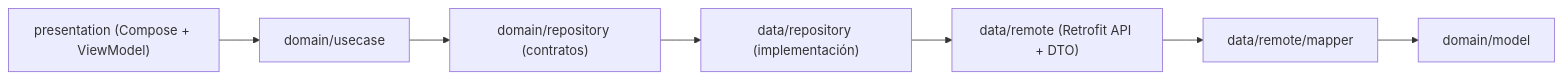
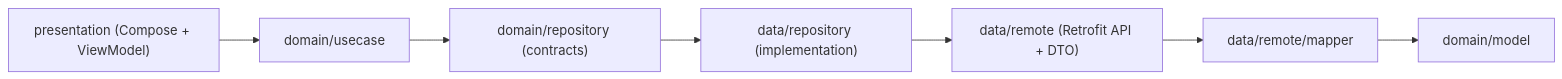
One commit to Pedrucho1213/MyDiscsCollection changed the diagram in README.md. Above: the diagram before and after it, drawn with Mermaid. The commit also changed other lines of this file, not shown here.

````diff
--- a/README.md
+++ b/README.md
@@ -69,9 +69,9 @@
 ```mermaid
 flowchart LR
     UI["presentation (Compose + ViewModel)"] --> UC["domain/usecase"]
-    UC --> REPO_IF["domain/repository (contratos)"]
-    REPO_IF --> REPO_IMPL["data/repository (implementación)"]
+    UC --> REPO_IF["domain/repository (contracts)"]
+    REPO_IF --> REPO_IMPL["data/repository (implementation)"]
     REPO_IMPL --> API["data/remote (Retrofit API + DTO)"]
     API --> MAPPER["data/remote/mapper"]
     MAPPER --> DOMAIN_MODEL["domain/model"]
 ```
````
